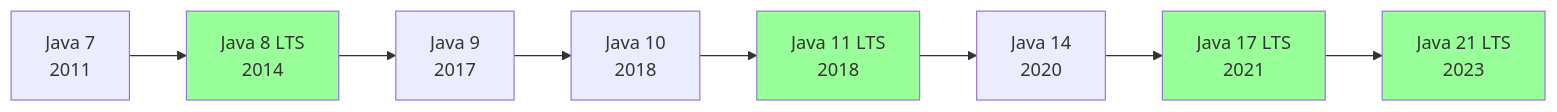
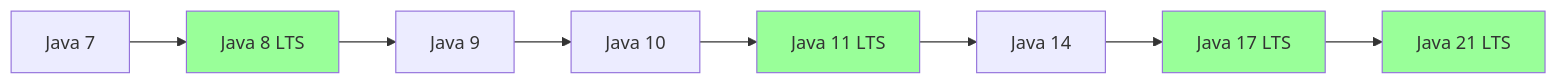
The first of 3 diagrams in _posts/java/2026-05-02-java-versions.md (yjkim2015/yjkim2015.github.io), drawn with Mermaid before and after one commit. The commit also changed 217 other files, not shown here.

First line of the commit message:
Mermaid 크기 수정: useMaxWidth:true + SVG max-width:100% + 라벨 축소

````diff
--- a/_posts/java/2026-05-02-java-versions.md
+++ b/_posts/java/2026-05-02-java-versions.md
@@ -30,14 +30,14 @@
 ```mermaid
 graph LR
-    A["Java 7\n2011"] --> B["Java 8 LTS\n2014"]
-    B --> C["Java 9\n2017"]
-    C --> D["Java 10\n2018"]
-    D --> E["Java 11 LTS\n2018"]
-    E --> F["Java 14\n2020"]
-    F --> G["Java 17 LTS\n2021"]
-    G --> H["Java 21 LTS\n2023"]
+    A["Java 7"] --> B["Java 8 LTS"]
+    B --> C["Java 9"]
+    C --> D["Java 10"]
+    D --> E["Java 11 LTS"]
+    E --> F["Java 14"]
+    F --> G["Java 17 LTS"]
+    G --> H["Java 21 LTS"]
     style B fill:#99ff99
     style E fill:#99ff99
     style G fill:#99ff99
     style H fill:#99ff99
 ```
````
